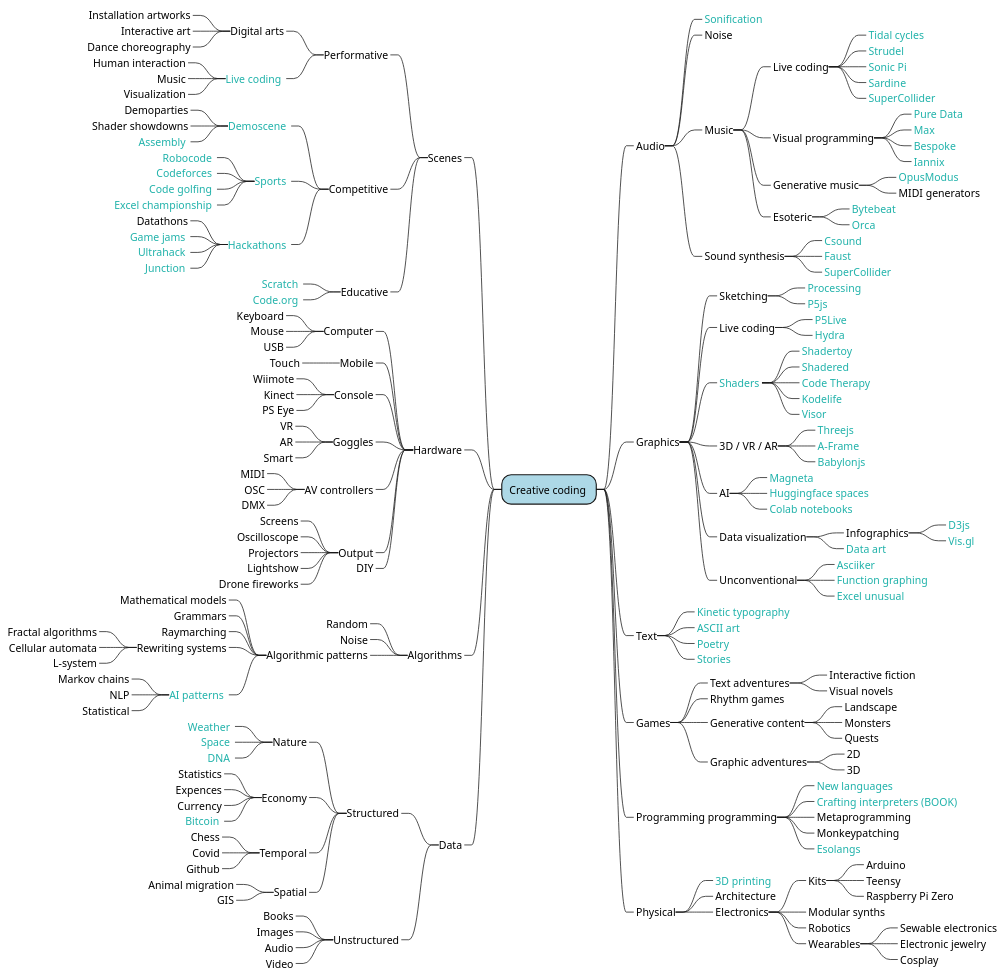
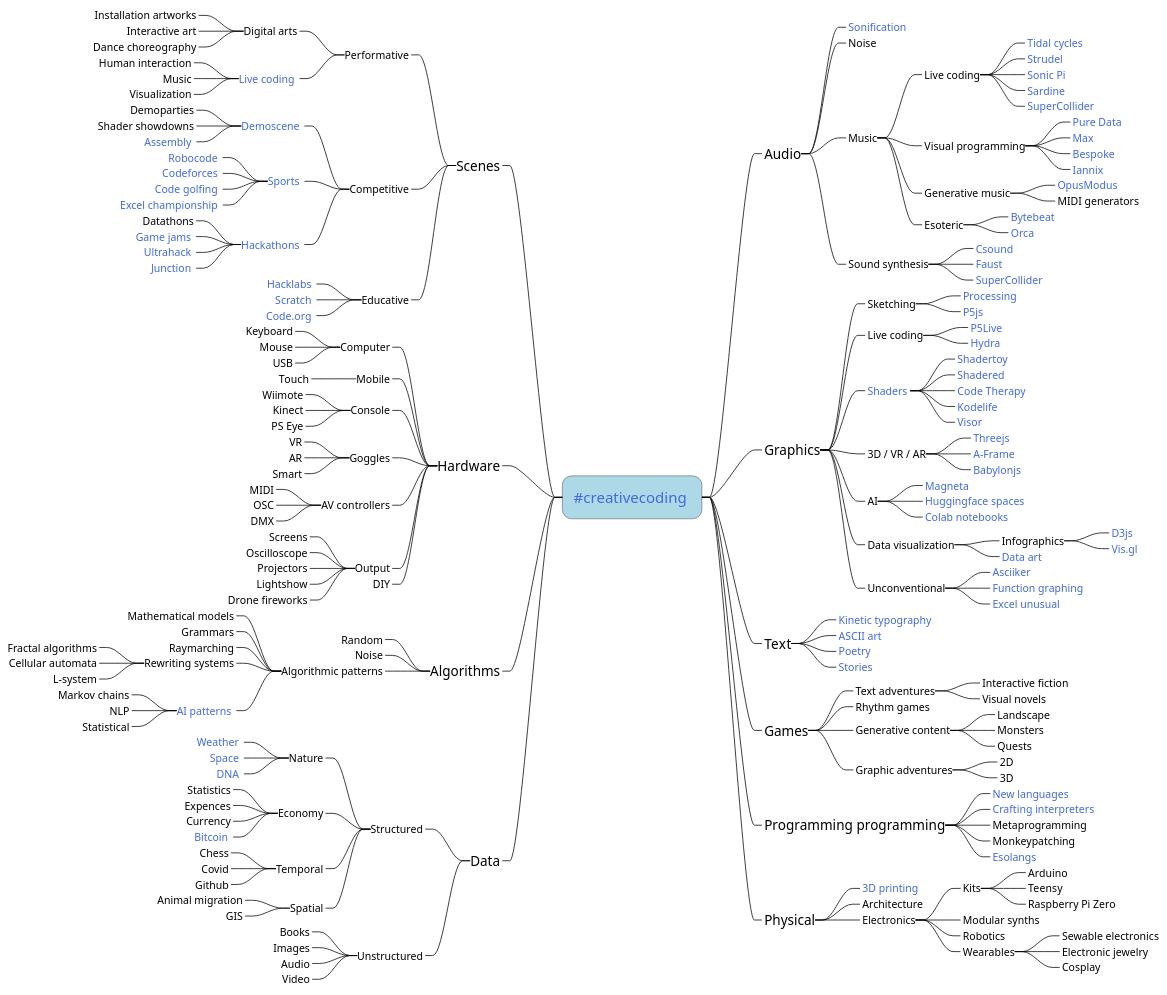
Before and after one commit to amiika/creativecodingmindmap: the diagram in mindmap.plantuml, drawn with PlantUML. The commit also changed 2 other files, not shown here.

```diff
--- a/mindmap.plantuml
+++ b/mindmap.plantuml
@@ -2,24 +2,46 @@
 <style>
 mindmapDiagram 
 {
+  node {
+    Margin 25
+    Padding 15
+    LineThickness 0.5
+    FontName Consolas
+  }
+  node {
+    :depth(0) {
+      FontSize 20
+    }
+    :depth(1) {
+      FontSize 18
+    }
+  }
+  boxless {
+    Margin 15
+    FontColor Black
+  }
+  arrow {
+    Maring 100
+    LineStyle 0
+    LineThickness 1.0
+    LineColor Black
+  }
   .center {
-    HyperlinkColor Black
+    HyperlinkColor RoyalBlue
     BackgroundColor lightblue
     HyperlinkUnderlineThickness 0
     HyperlinkUnderline false
   }
   .link {
-    HyperlinkColor LightSeaGreen
+    Padding 15
+    HyperlinkColor RoyalBlue
     HyperlinkUnderlineThickness 0
     HyperlinkUnderline false
-  }
-  .blue {
-    LineColor lightblue
   }
 }
 </style>
 
-* [[https://github.com/terkelg/awesome-creative-coding Creative coding]] <<center>>
+* [[https://github.com/terkelg/awesome-creative-coding #creativecoding]] <<center>>
 
 **_ Audio
 ***_ [[https://sonification.design/ Sonification]] <<link>>
@@ -101,7 +123,7 @@
 
 **_ Programming programming
 ***_ [[https://eloquentjavascript.net/12_language.html New languages]] <<link>>
-***_ [[http://craftinginterpreters.com/ Crafting interpreters (BOOK)]] <<link>>
+***_ [[http://craftinginterpreters.com/ Crafting interpreters]] <<link>>
 ***_ Metaprogramming
 ***_ Monkeypatching
 ***_ [[https://esolangs.org/wiki/Main_Page Esolangs]] <<link>>
@@ -150,6 +172,7 @@
 -----_ [[https://www.hackjunction.com/ Junction]] <<link>>
 
 ---_ Educative
+----_ [[https://hacklab.fi/index_en.html Hacklabs]] <<link>>
 ----_ [[https://scratch.mit.edu/ Scratch]] <<link>>
 ----_ [[https://code.org/ Code.org]] <<link>>
 
```
